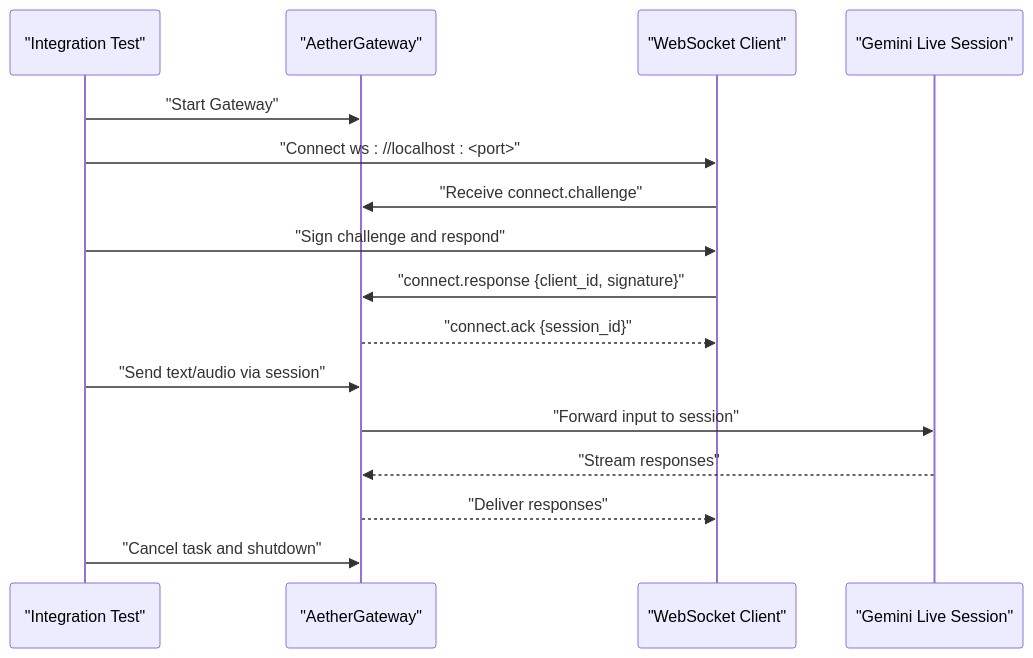
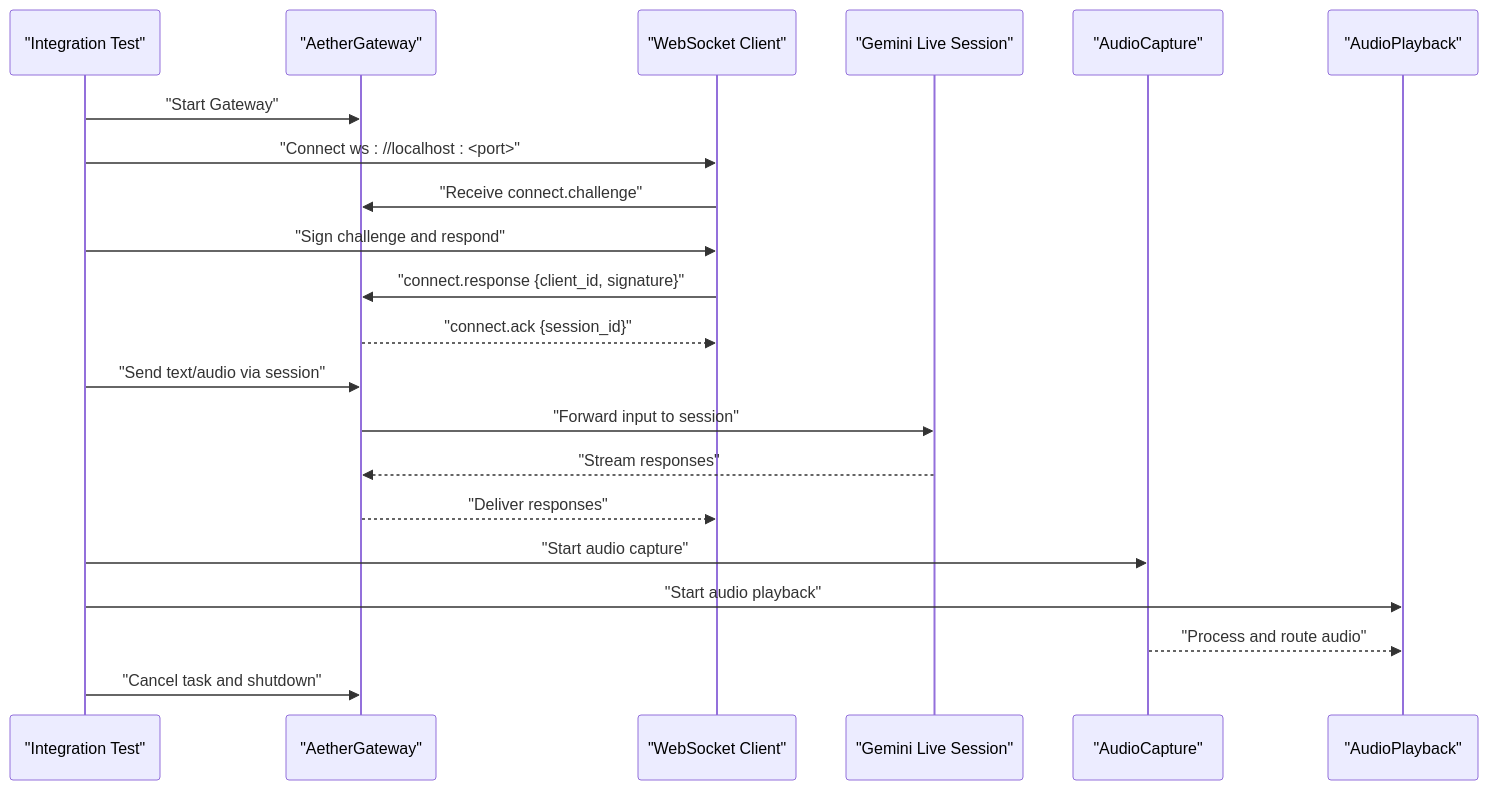
The second of 11 diagrams in .qoder/repowiki/en/content/Testing and Quality Assurance/Integration Testing.md (Moeabdelaziz007/Aether-Voice-OS), drawn with Mermaid before and after one commit. The commit also changed other lines of this file and 29 other files, not shown here.

````diff
--- a/.qoder/repowiki/en/content/Testing and Quality Assurance/Integration Testing.md
+++ b/.qoder/repowiki/en/content/Testing and Quality Assurance/Integration Testing.md
@@ -117,18 +150,23 @@
 ```mermaid
 sequenceDiagram
 participant IT as "Integration Test"
 participant GW as "AetherGateway"
 participant WS as "WebSocket Client"
 participant AI as "Gemini Live Session"
+participant AC as "AudioCapture"
+participant AP as "AudioPlayback"
 IT->>GW : "Start Gateway"
 IT->>WS : "Connect ws : //localhost : <port>"
 WS->>GW : "Receive connect.challenge"
 IT->>WS : "Sign challenge and respond"
 WS->>GW : "connect.response {client_id, signature}"
 GW-->>WS : "connect.ack {session_id}"
 IT->>GW : "Send text/audio via session"
 GW->>AI : "Forward input to session"
 AI-->>GW : "Stream responses"
 GW-->>WS : "Deliver responses"
+IT->>AC : "Start audio capture"
+IT->>AP : "Start audio playback"
+AC-->>AP : "Process and route audio"
 IT->>GW : "Cancel task and shutdown"
 ```
````
